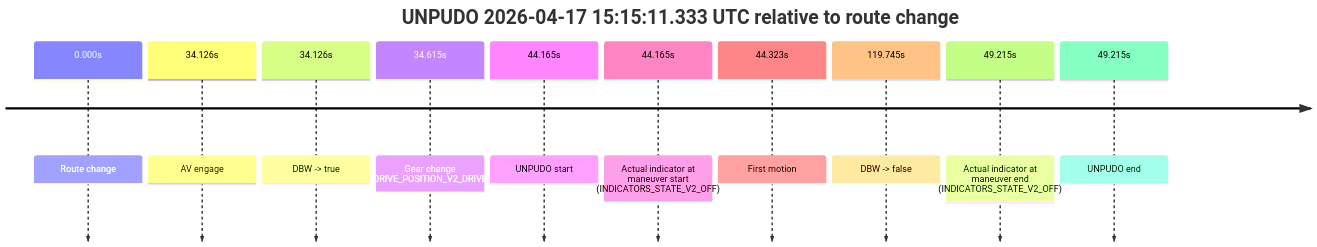
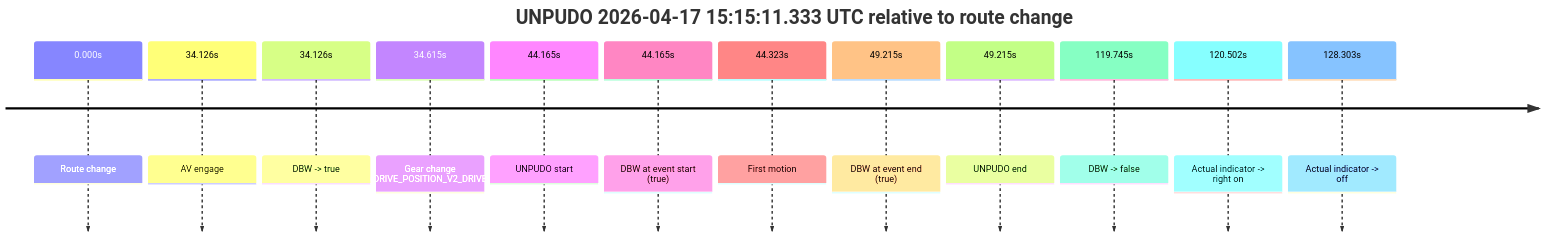
Before and after one commit to yoelshapiro/vault: the third of 3 diagrams in model_analysis/report_cards/2026/04/Week-3/fme10011--2026-04-17--13-42-32--gen2-av-a45e9838-2d06-4645-be3f-0ac2b30217e1.md, drawn with Mermaid. The commit also changed other lines of this file and 32 other files, not shown here.

````diff
--- a/model_analysis/report_cards/2026/04/Week-3/fme10011--2026-04-17--13-42-32--gen2-av-a45e9838-2d06-4645-be3f-0ac2b30217e1.md
+++ b/model_analysis/report_cards/2026/04/Week-3/fme10011--2026-04-17--13-42-32--gen2-av-a45e9838-2d06-4645-be3f-0ac2b30217e1.md
@@ -215,14 +227,16 @@
 ```mermaid
 timeline
     title UNPUDO 2026-04-17 15:15:11.333 UTC relative to route change
     0.000s : Route change
     34.126s : AV engage
     34.126s : DBW -> true
     34.615s : Gear change (DRIVE_POSITION_V2_DRIVE)
     44.165s : UNPUDO start
-    44.165s : Actual indicator at maneuver start (INDICATORS_STATE_V2_OFF)
+    44.165s : DBW at event start (true)
     44.323s : First motion
+    49.215s : DBW at event end (true)
+    49.215s : UNPUDO end
     119.745s : DBW -> false
-    49.215s : Actual indicator at maneuver end (INDICATORS_STATE_V2_OFF)
-    49.215s : UNPUDO end
+    120.502s : Actual indicator -> right on
+    128.303s : Actual indicator -> off
 ```
````
